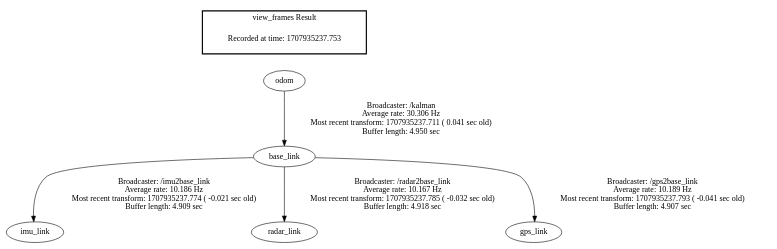
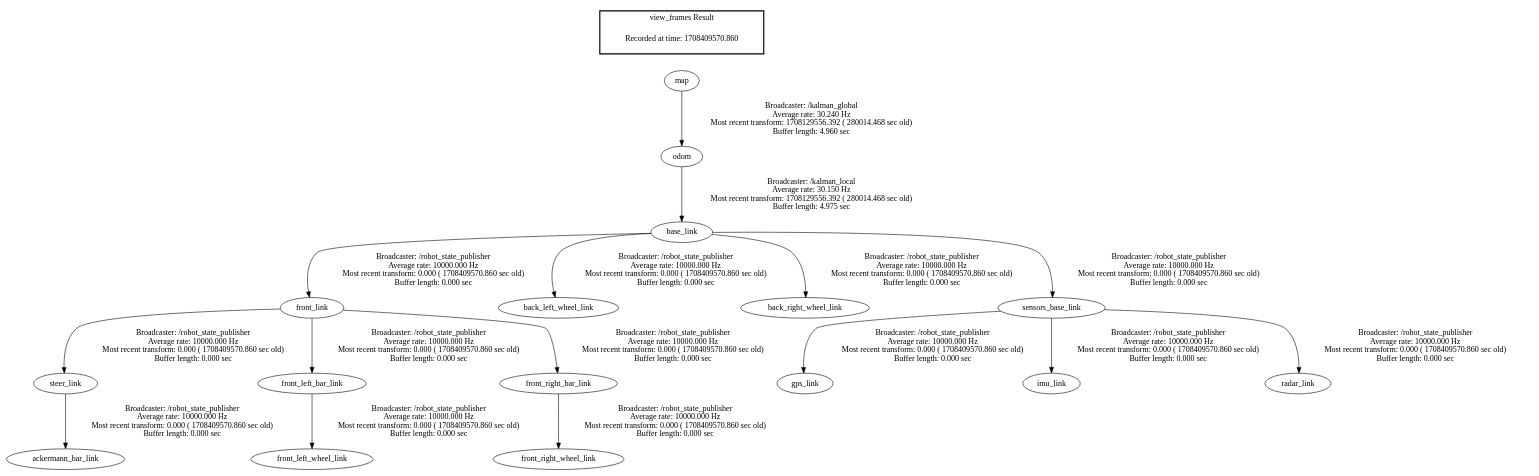
Before and after one commit to Ar-Ion/Traxxas: the diagram in frames.gv, drawn with Graphviz. The commit also changed 14 other files, not shown here.

```diff
--- a/frames.gv
+++ b/frames.gv
@@ -1,10 +1,21 @@
 digraph G {
-"base_link" -> "imu_link"[label="Broadcaster: /imu2base_link\nAverage rate: 10.186 Hz\nMost recent transform: 1707935237.774 ( -0.021 sec old)\nBuffer length: 4.909 sec\n"];
-"odom" -> "base_link"[label="Broadcaster: /kalman\nAverage rate: 30.306 Hz\nMost recent transform: 1707935237.711 ( 0.041 sec old)\nBuffer length: 4.950 sec\n"];
-"base_link" -> "radar_link"[label="Broadcaster: /radar2base_link\nAverage rate: 10.167 Hz\nMost recent transform: 1707935237.785 ( -0.032 sec old)\nBuffer length: 4.918 sec\n"];
-"base_link" -> "gps_link"[label="Broadcaster: /gps2base_link\nAverage rate: 10.189 Hz\nMost recent transform: 1707935237.793 ( -0.041 sec old)\nBuffer length: 4.907 sec\n"];
+"steer_link" -> "ackermann_bar_link"[label="Broadcaster: /robot_state_publisher\nAverage rate: 10000.000 Hz\nMost recent transform: 0.000 ( 1708409570.860 sec old)\nBuffer length: 0.000 sec\n"];
+"front_link" -> "steer_link"[label="Broadcaster: /robot_state_publisher\nAverage rate: 10000.000 Hz\nMost recent transform: 0.000 ( 1708409570.860 sec old)\nBuffer length: 0.000 sec\n"];
+"base_link" -> "back_left_wheel_link"[label="Broadcaster: /robot_state_publisher\nAverage rate: 10000.000 Hz\nMost recent transform: 0.000 ( 1708409570.860 sec old)\nBuffer length: 0.000 sec\n"];
+"odom" -> "base_link"[label="Broadcaster: /kalman_local\nAverage rate: 30.150 Hz\nMost recent transform: 1708129556.392 ( 280014.468 sec old)\nBuffer length: 4.975 sec\n"];
+"base_link" -> "back_right_wheel_link"[label="Broadcaster: /robot_state_publisher\nAverage rate: 10000.000 Hz\nMost recent transform: 0.000 ( 1708409570.860 sec old)\nBuffer length: 0.000 sec\n"];
+"base_link" -> "front_link"[label="Broadcaster: /robot_state_publisher\nAverage rate: 10000.000 Hz\nMost recent transform: 0.000 ( 1708409570.860 sec old)\nBuffer length: 0.000 sec\n"];
+"front_link" -> "front_left_bar_link"[label="Broadcaster: /robot_state_publisher\nAverage rate: 10000.000 Hz\nMost recent transform: 0.000 ( 1708409570.860 sec old)\nBuffer length: 0.000 sec\n"];
+"front_left_bar_link" -> "front_left_wheel_link"[label="Broadcaster: /robot_state_publisher\nAverage rate: 10000.000 Hz\nMost recent transform: 0.000 ( 1708409570.860 sec old)\nBuffer length: 0.000 sec\n"];
+"front_link" -> "front_right_bar_link"[label="Broadcaster: /robot_state_publisher\nAverage rate: 10000.000 Hz\nMost recent transform: 0.000 ( 1708409570.860 sec old)\nBuffer length: 0.000 sec\n"];
+"front_right_bar_link" -> "front_right_wheel_link"[label="Broadcaster: /robot_state_publisher\nAverage rate: 10000.000 Hz\nMost recent transform: 0.000 ( 1708409570.860 sec old)\nBuffer length: 0.000 sec\n"];
+"sensors_base_link" -> "gps_link"[label="Broadcaster: /robot_state_publisher\nAverage rate: 10000.000 Hz\nMost recent transform: 0.000 ( 1708409570.860 sec old)\nBuffer length: 0.000 sec\n"];
+"base_link" -> "sensors_base_link"[label="Broadcaster: /robot_state_publisher\nAverage rate: 10000.000 Hz\nMost recent transform: 0.000 ( 1708409570.860 sec old)\nBuffer length: 0.000 sec\n"];
+"sensors_base_link" -> "imu_link"[label="Broadcaster: /robot_state_publisher\nAverage rate: 10000.000 Hz\nMost recent transform: 0.000 ( 1708409570.860 sec old)\nBuffer length: 0.000 sec\n"];
+"sensors_base_link" -> "radar_link"[label="Broadcaster: /robot_state_publisher\nAverage rate: 10000.000 Hz\nMost recent transform: 0.000 ( 1708409570.860 sec old)\nBuffer length: 0.000 sec\n"];
+"map" -> "odom"[label="Broadcaster: /kalman_global\nAverage rate: 30.240 Hz\nMost recent transform: 1708129556.392 ( 280014.468 sec old)\nBuffer length: 4.960 sec\n"];
 edge [style=invis];
  subgraph cluster_legend { style=bold; color=black; label ="view_frames Result";
-"Recorded at time: 1707935237.753"[ shape=plaintext ] ;
- }->"odom";
+"Recorded at time: 1708409570.860"[ shape=plaintext ] ;
+ }->"map";
 }
```
